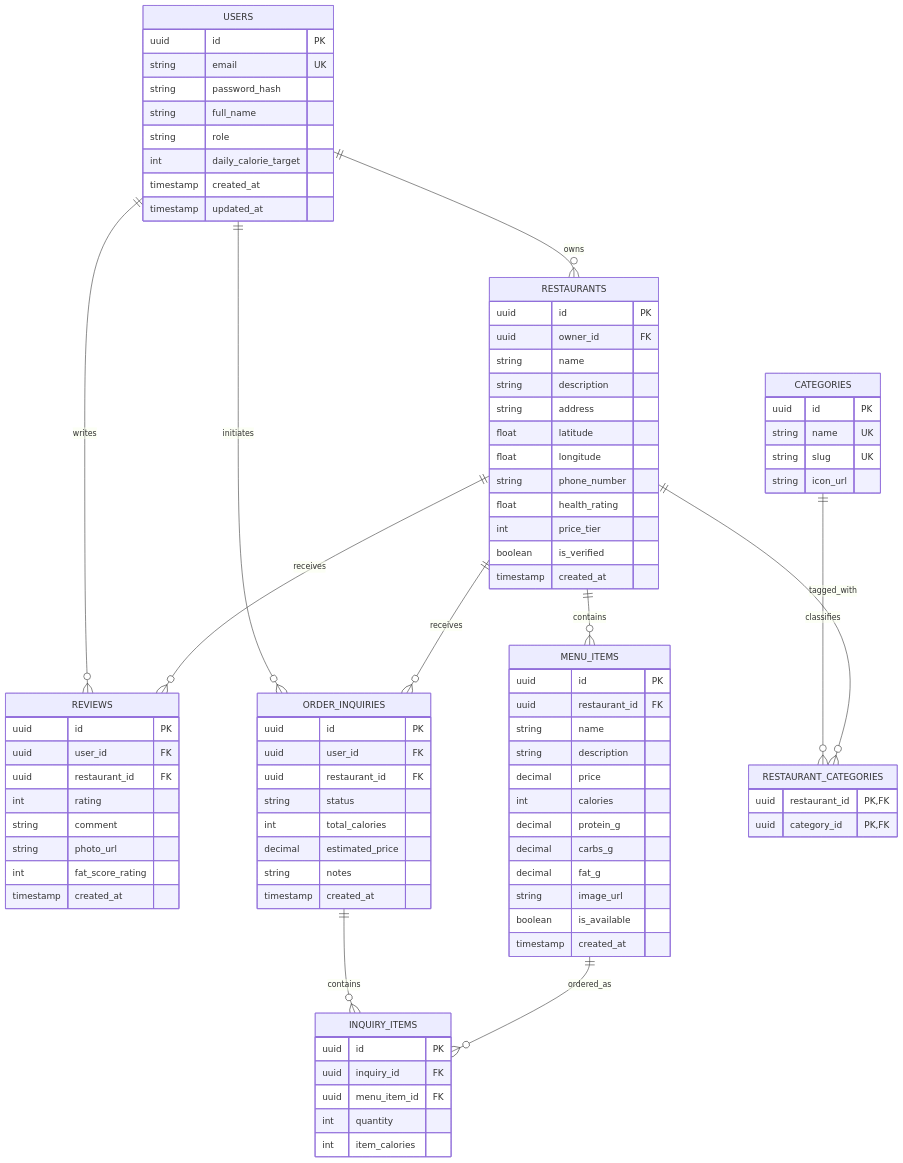
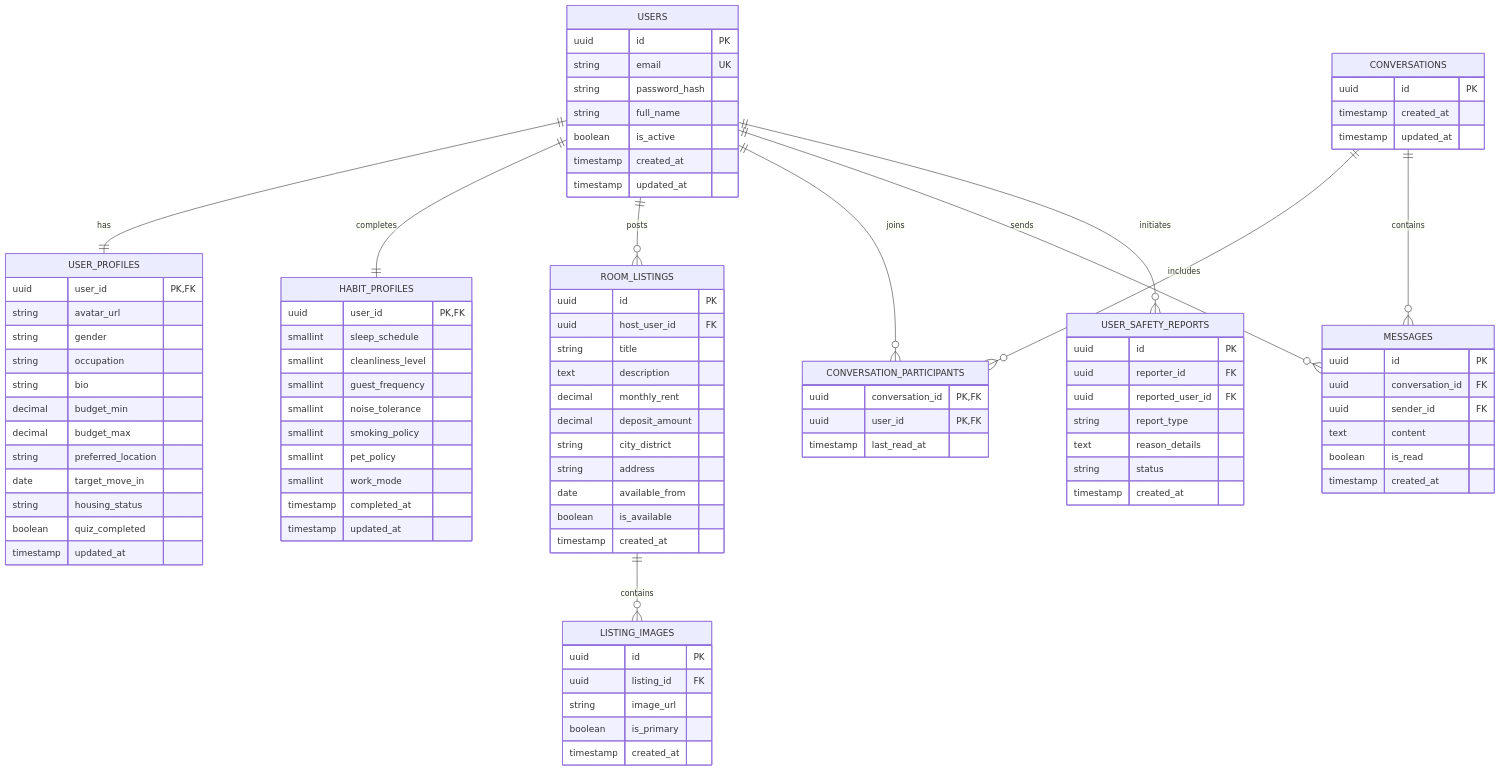
Before and after one commit to Tyzon22/agile-software-development: the diagram in docs/database-design.md, drawn with Mermaid. The commit also changed other lines of this file and 5 other files, not shown here.

Commit message:
docs: add Project Charter, SRS, Acceptance Criteria, and Database Design for Behavior-Based Roommate Matching Web App

````diff
--- a/docs/database-design.md
+++ b/docs/database-design.md
@@ -25,96 +26,103 @@
 ```mermaid
 erDiagram
-    USERS ||--o{ REVIEWS : writes
-    USERS ||--o{ RESTAURANTS : owns
-    USERS ||--o{ ORDER_INQUIRIES : initiates
-    RESTAURANTS ||--o{ MENU_ITEMS : contains
-    RESTAURANTS ||--o{ REVIEWS : receives
-    RESTAURANTS ||--o{ ORDER_INQUIRIES : receives
-    CATEGORIES ||--o{ RESTAURANT_CATEGORIES : classifies
-    RESTAURANTS ||--o{ RESTAURANT_CATEGORIES : tagged_with
-    ORDER_INQUIRIES ||--o{ INQUIRY_ITEMS : contains
-    MENU_ITEMS ||--o{ INQUIRY_ITEMS : ordered_as
+    USERS ||--|| USER_PROFILES : has
+    USERS ||--|| HABIT_PROFILES : completes
+    USERS ||--o{ ROOM_LISTINGS : posts
+    ROOM_LISTINGS ||--o{ LISTING_IMAGES : contains
+    USERS ||--o{ CONVERSATION_PARTICIPANTS : joins
+    CONVERSATIONS ||--o{ CONVERSATION_PARTICIPANTS : includes
+    CONVERSATIONS ||--o{ MESSAGES : contains
+    USERS ||--o{ MESSAGES : sends
+    USERS ||--o{ USER_SAFETY_REPORTS : initiates
 
     USERS {
         uuid id PK
         string email UK
         string password_hash
         string full_name
-        string role
-        int daily_calorie_target
+        boolean is_active
         timestamp created_at
         timestamp updated_at
     }
 
-    RESTAURANTS {
-        uuid id PK
-        uuid owner_id FK
-        string name
-        string description
-        string address
-        float latitude
-        float longitude
-        string phone_number
-        float health_rating
-        int price_tier
-        boolean is_verified
-        timestamp created_at
+    USER_PROFILES {
+        uuid user_id PK,FK
+        string avatar_url
+        string gender
+        string occupation
+        string bio
+        decimal budget_min
+        decimal budget_max
+        string preferred_location
+        date target_move_in
+        string housing_status
+        boolean quiz_completed
+        timestamp updated_at
     }
 
-    CATEGORIES {
-        uuid id PK
-        string name UK
-        string slug UK
-        string icon_url
+    HABIT_PROFILES {
+        uuid user_id PK,FK
+        smallint sleep_schedule
+        smallint cleanliness_level
+        smallint guest_frequency
+        smallint noise_tolerance
+        smallint smoking_policy
+        smallint pet_policy
+        smallint work_mode
+        timestamp completed_at
+        timestamp updated_at
     }
 
-    RESTAURANT_CATEGORIES {
-        uuid restaurant_id PK,FK
-        uuid category_id PK,FK
-    }
-
-    MENU_ITEMS {
+    ROOM_LISTINGS {
         uuid id PK
-        uuid restaurant_id FK
-        string name
-        string description
-        decimal price
-        int calories
-        decimal protein_g
-        decimal carbs_g
-        decimal fat_g
-        string image_url
+        uuid host_user_id FK
+        string title
+        text description
+        decimal monthly_rent
+        decimal deposit_amount
+        string city_district
+        string address
+        date available_from
         boolean is_available
         timestamp created_at
     }
 
-    REVIEWS {
+    LISTING_IMAGES {
         uuid id PK
-        uuid user_id FK
-        uuid restaurant_id FK
-        int rating
-        string comment
-        string photo_url
-        int fat_score_rating
+        uuid listing_id FK
+        string image_url
+        boolean is_primary
         timestamp created_at
     }
 
-    ORDER_INQUIRIES {
+    CONVERSATIONS {
         uuid id PK
-        uuid user_id FK
-        uuid restaurant_id FK
-        string status
-        int total_calories
-        decimal estimated_price
-        string notes
+        timestamp created_at
+        timestamp updated_at
+    }
+
+    CONVERSATION_PARTICIPANTS {
+        uuid conversation_id PK,FK
+        uuid user_id PK,FK
+        timestamp last_read_at
+    }
+
+    MESSAGES {
+        uuid id PK
+        uuid conversation_id FK
+        uuid sender_id FK
+        text content
+        boolean is_read
         timestamp created_at
     }
 
-    INQUIRY_ITEMS {
+    USER_SAFETY_REPORTS {
         uuid id PK
-        uuid inquiry_id FK
-        uuid menu_item_id FK
-        int quantity
-        int item_calories
+        uuid reporter_id FK
+        uuid reported_user_id FK
+        string report_type
+        text reason_details
+        string status
+        timestamp created_at
     }
 ```
````
